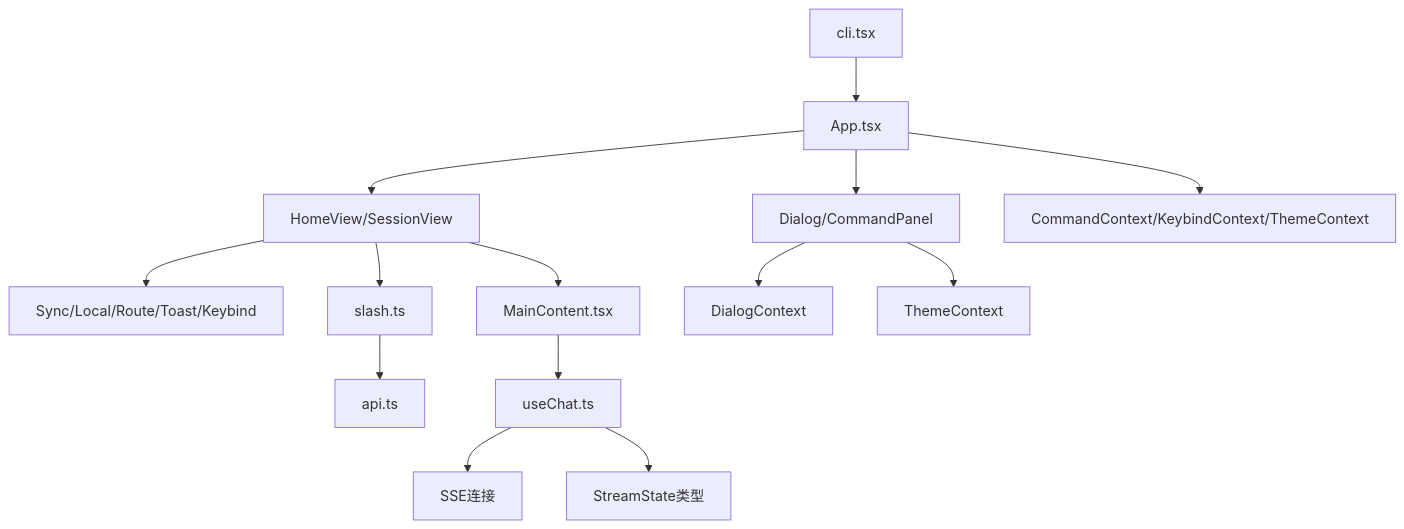
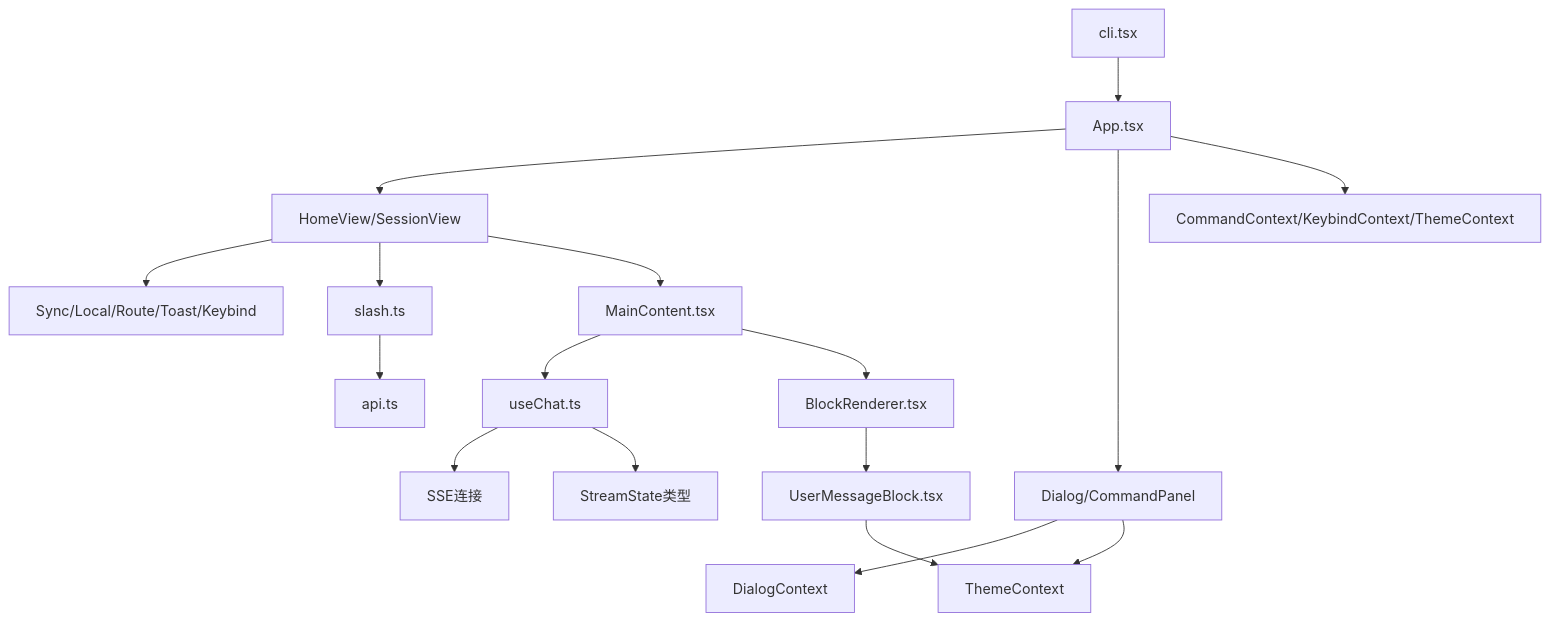
Before and after one commit to iammm0/secbot: diagram 14 of 14 in .qoder/repowiki/zh/content/用户界面/命令行界面 (Terminal UI)/命令行界面 (Terminal UI).md, drawn with Mermaid. The commit also changed other lines of this file and 9 other files, not shown here.

````diff
--- a/.qoder/repowiki/zh/content/用户界面/命令行界面 (Terminal UI)/命令行界面 (Terminal UI).md
+++ b/.qoder/repowiki/zh/content/用户界面/命令行界面 (Terminal UI)/命令行界面 (Terminal UI).md
@@ -439,16 +500,19 @@
 ```mermaid
 graph TB
 CLI["cli.tsx"] --> App["App.tsx"]
 App --> Views["HomeView/SessionView"]
 App --> DialogComp["Dialog/CommandPanel"]
 Views --> Sync["Sync/Local/Route/Toast/Keybind"]
 DialogComp --> DialogCtx["DialogContext"]
 DialogComp --> ThemeCtx["ThemeContext"]
 Views --> Slash["slash.ts"]
 Slash --> API["api.ts"]
 App --> Ctxs["CommandContext/KeybindContext/ThemeContext"]
 Views --> MainContent["MainContent.tsx"]
 MainContent --> useChat["useChat.ts"]
 useChat --> SSE["SSE连接"]
 useChat --> StreamState["StreamState类型"]
+MainContent --> BlockRenderer["BlockRenderer.tsx"]
+BlockRenderer --> UserMessageBlock["UserMessageBlock.tsx"]
+UserMessageBlock --> ThemeCtx
 ```
````
